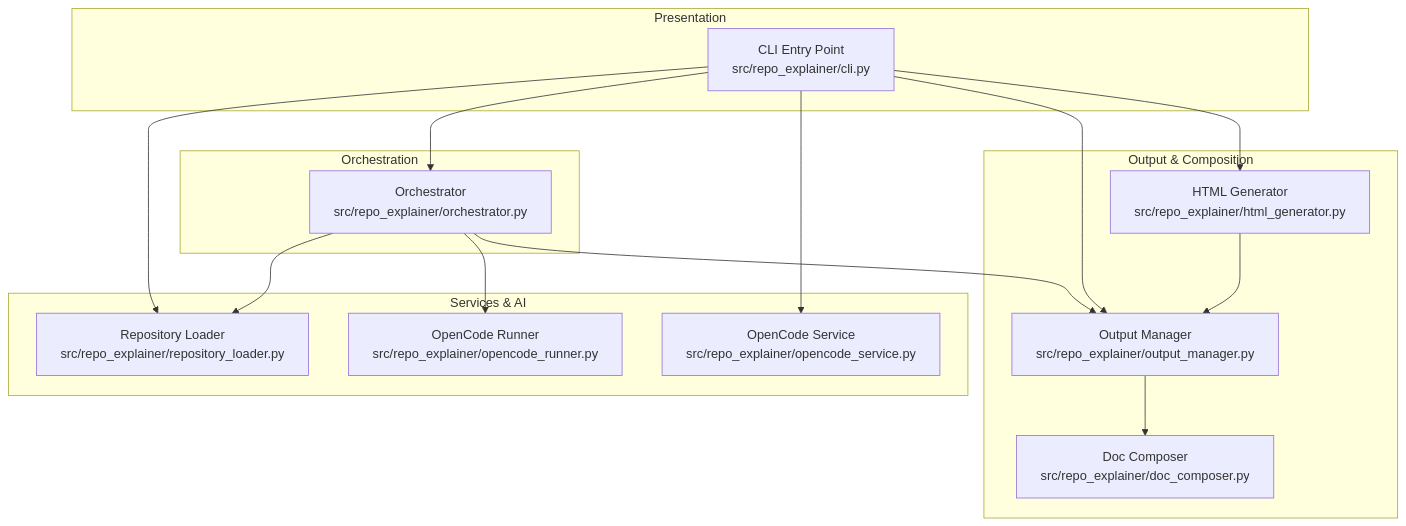
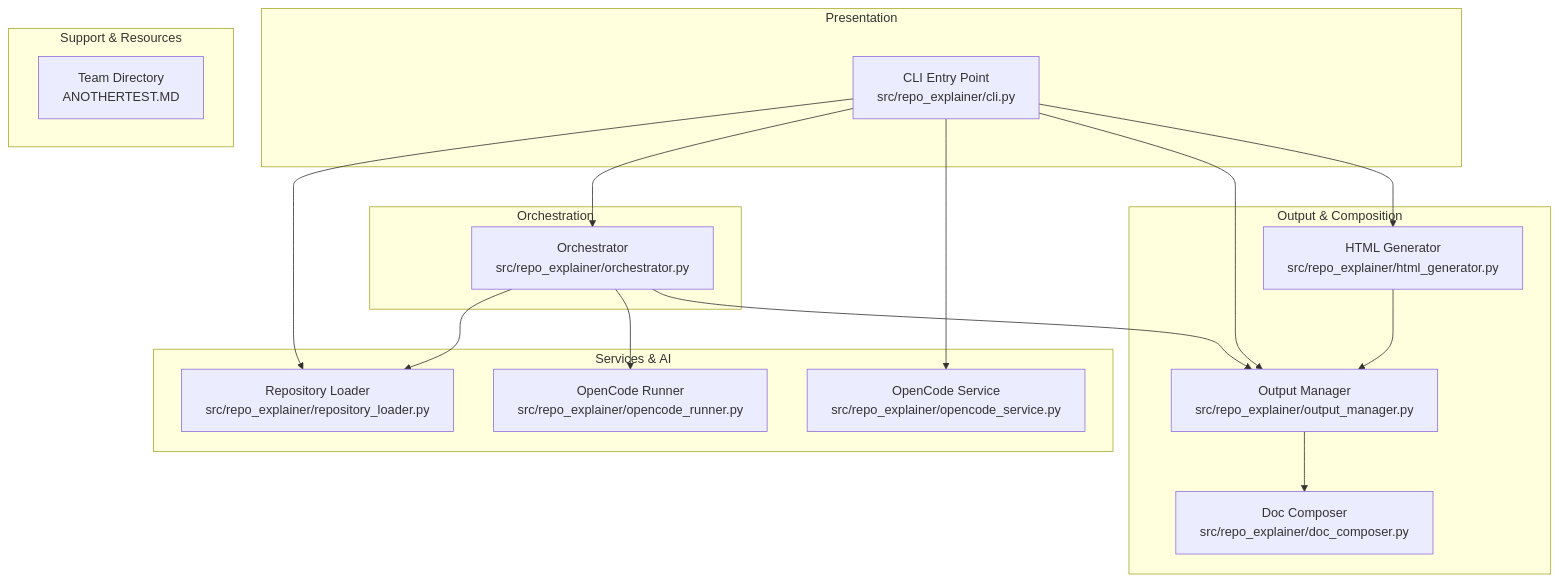
Before and after one commit to Saadkhalid913/repo-explainer: the first of 2 diagrams in mydocs/components/overview.md, drawn with Mermaid. The commit also changed 20 other files, not shown here.

````diff
--- a/mydocs/components/overview.md
+++ b/mydocs/components/overview.md
@@ -90,33 +90,37 @@
 ```mermaid
 graph TD
     subgraph "Presentation"
         CLI[CLI Entry Point<br/>src/repo_explainer/cli.py]
     end
 
     subgraph "Orchestration"
         ORC[Orchestrator<br/>src/repo_explainer/orchestrator.py]
     end
 
     subgraph "Services & AI"
         RL[Repository Loader<br/>src/repo_explainer/repository_loader.py]
         OCS[OpenCode Service<br/>src/repo_explainer/opencode_service.py]
         OCR[OpenCode Runner<br/>src/repo_explainer/opencode_runner.py]
     end
 
     subgraph "Output & Composition"
         OM[Output Manager<br/>src/repo_explainer/output_manager.py]
         DC[Doc Composer<br/>src/repo_explainer/doc_composer.py]
         HG[HTML Generator<br/>src/repo_explainer/html_generator.py]
     end
 
+    subgraph "Support & Resources"
+        TD[Team Directory<br/>ANOTHERTEST.MD]
+    end
+
     CLI --> RL
     CLI --> ORC
     ORC --> RL
     ORC --> OCR
     ORC --> OM
     CLI --> OCS
     CLI --> OM
     OM --> DC
     CLI --> HG
     HG --> OM
 ```
````
